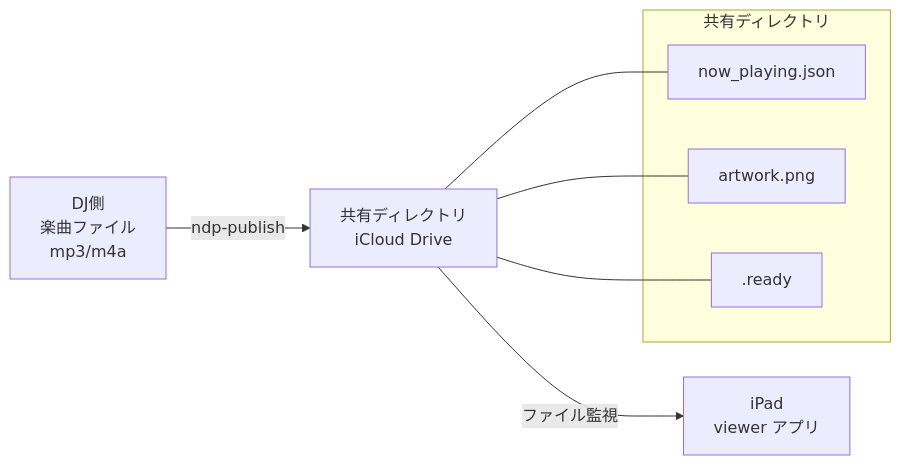
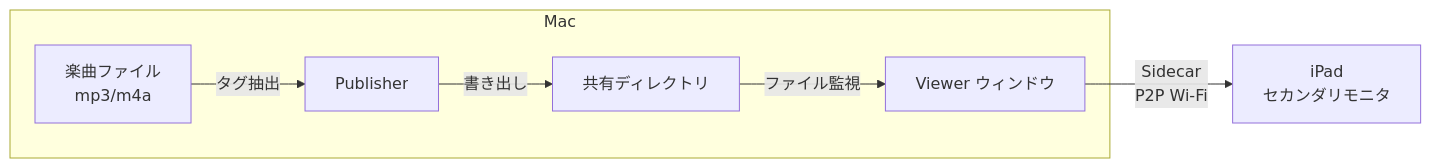
One commit to issm/now-dj-playing changed the diagram in README.md. Above: the diagram before and after it, drawn with Mermaid. The commit also changed other lines of this file and 2 other files, not shown here.

Commit message:
docs: iOS ネイティブ対応取りやめ（ADR-0009）・ビジョン/README 更新

````diff
--- a/README.md
+++ b/README.md
@@ -9,15 +11,14 @@
 ```mermaid
 graph LR
-    A[DJ側<br/>楽曲ファイル<br/>mp3/m4a] -->|ndp-publish| B[共有ディレクトリ<br/>iCloud Drive]
-    B -->|ファイル監視| C[iPad<br/>viewer アプリ]
-
-    subgraph 共有ディレクトリ
-        B1[now_playing.json]
-        B2[artwork.png]
-        B3[.ready]
+    subgraph Mac
+        File[楽曲ファイル<br/>mp3/m4a]
+        P[Publisher]
+        Dir[共有ディレクトリ]
+        V[Viewer ウィンドウ]
     end
 
-    B --- B1
-    B --- B2
-    B --- B3
+    File -->|タグ抽出| P
+    P -->|書き出し| Dir
+    Dir -->|ファイル監視| V
+    V -->|Sidecar<br/>P2P Wi-Fi| iPad[iPad<br/>セカンダリモニタ]
 ```
````
